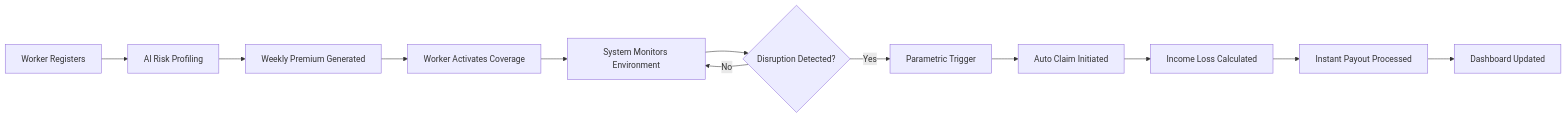
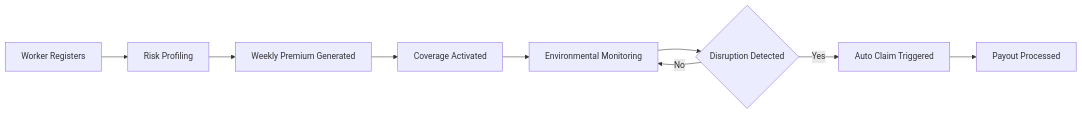
The second of 2 diagrams in Readme.md (Arnav301/Guidewire), drawn with Mermaid before and after one commit. The commit also changed other lines of this file, not shown here.

````diff
--- a/Readme.md
+++ b/Readme.md
@@ -109,20 +103,15 @@
 ```mermaid
 flowchart LR
 
-A[Worker Registers] --> B[AI Risk Profiling]
+A[Worker Registers] --> B[Risk Profiling]
 B --> C[Weekly Premium Generated]
-C --> D[Worker Activates Coverage]
+C --> D[Coverage Activated]
+D --> E[Environmental Monitoring]
 
-D --> E[System Monitors Environment]
+E --> F{Disruption Detected}
 
-E --> F{Disruption Detected?}
+F -- Yes --> G[Auto Claim Triggered]
+G --> H[Payout Processed]
 
 F -- No --> E
-F -- Yes --> G[Parametric Trigger]
-
-G --> H[Auto Claim Initiated]
-H --> I[Income Loss Calculated]
-I --> J[Instant Payout Processed]
-
-J --> K[Dashboard Updated]
 ```
````
